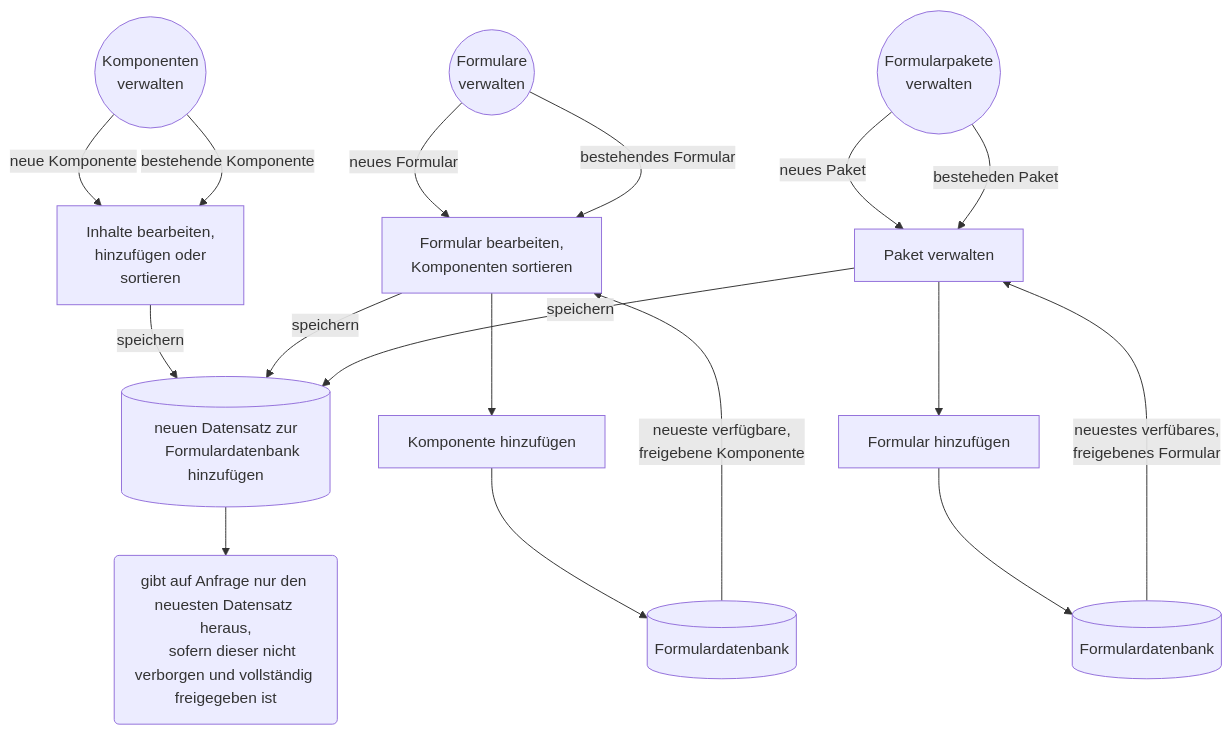
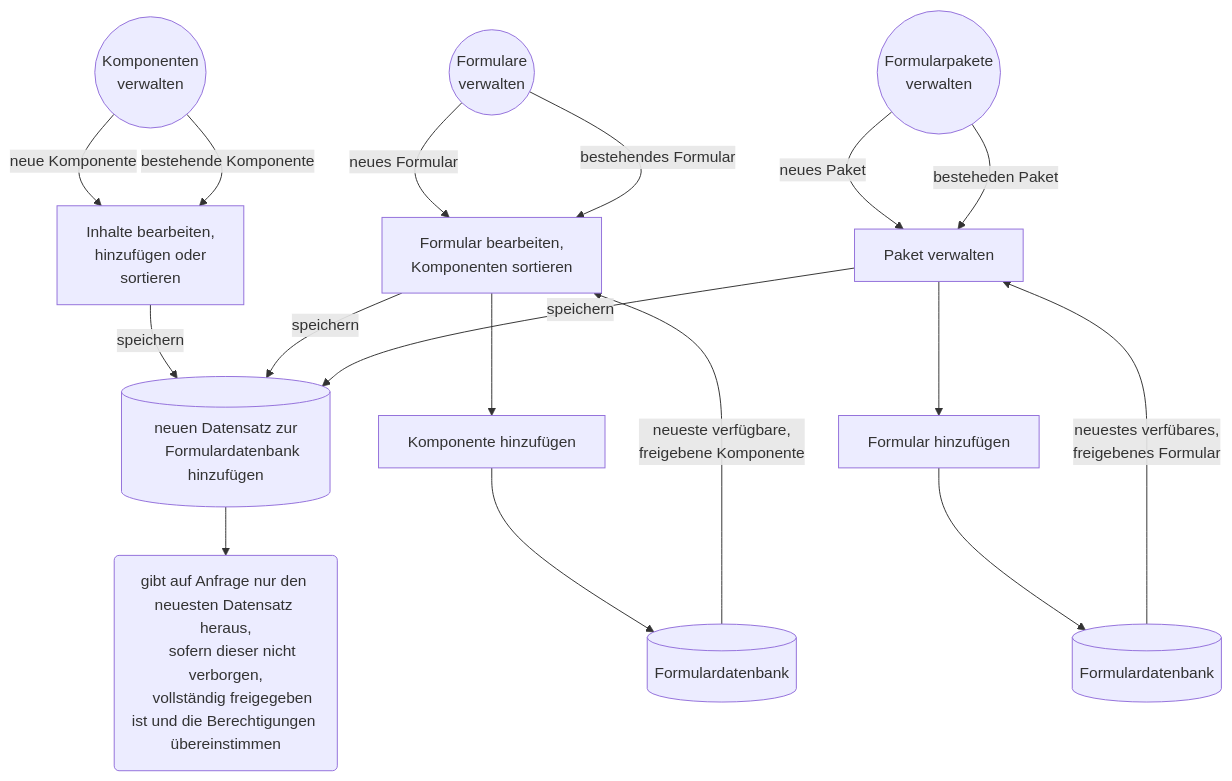
One commit to erroronline1/caro changed the third of 7 diagrams in readme.de.md. Above: the diagram before and after it, drawn with Mermaid. The commit also changed other lines of this file and 1 other file, not shown here.

Commit message:
flowcharts update

````diff
--- a/readme.de.md
+++ b/readme.de.md
@@ -418,32 +418,33 @@
 ```mermaid
 graph TD;
     manage_components(("Komponenten
     verwalten"))-->|neue Komponente|edit_component["Inhalte bearbeiten,
     hinzufügen oder
     sortieren"];
     manage_components-->|bestehende Komponente|edit_component;
     edit_component-->|speichern|new_forms_database[("neuen Datensatz zur
     Formulardatenbank hinzufügen")];
 
     manage_forms(("Formulare
     verwalten"))-->|neues Formular|edit_form["Formular bearbeiten,
     Komponenten sortieren"];
     manage_forms-->|bestehendes Formular|edit_form;
     edit_form-->add_component[Komponente hinzufügen];
     add_component-->forms_database[(Formulardatenbank)];
     forms_database-->|"neueste verfügbare,
     freigebene Komponente"|edit_form;
     edit_form-->|speichern|new_forms_database;
 
     manage_bundles(("Formularpakete
     verwalten"))-->|neues Paket|edit_bundle["Paket verwalten"];
     manage_bundles-->|besteheden Paket|edit_bundle;
     edit_bundle-->add_form[Formular hinzufügen];
     add_form-->forms_database2[(Formulardatenbank)];
     forms_database2-->|"neuestes verfübares,
     freigebenes Formular"|edit_bundle;
     edit_bundle-->|speichern|new_forms_database
 
     new_forms_database-->returns("gibt auf Anfrage nur den neuesten Datensatz heraus,
-    sofern dieser nicht verborgen und vollständig freigegeben ist")
+    sofern dieser nicht verborgen,
+    vollständig freigegeben ist und die Berechtigungen übereinstimmen")
 ```
````
